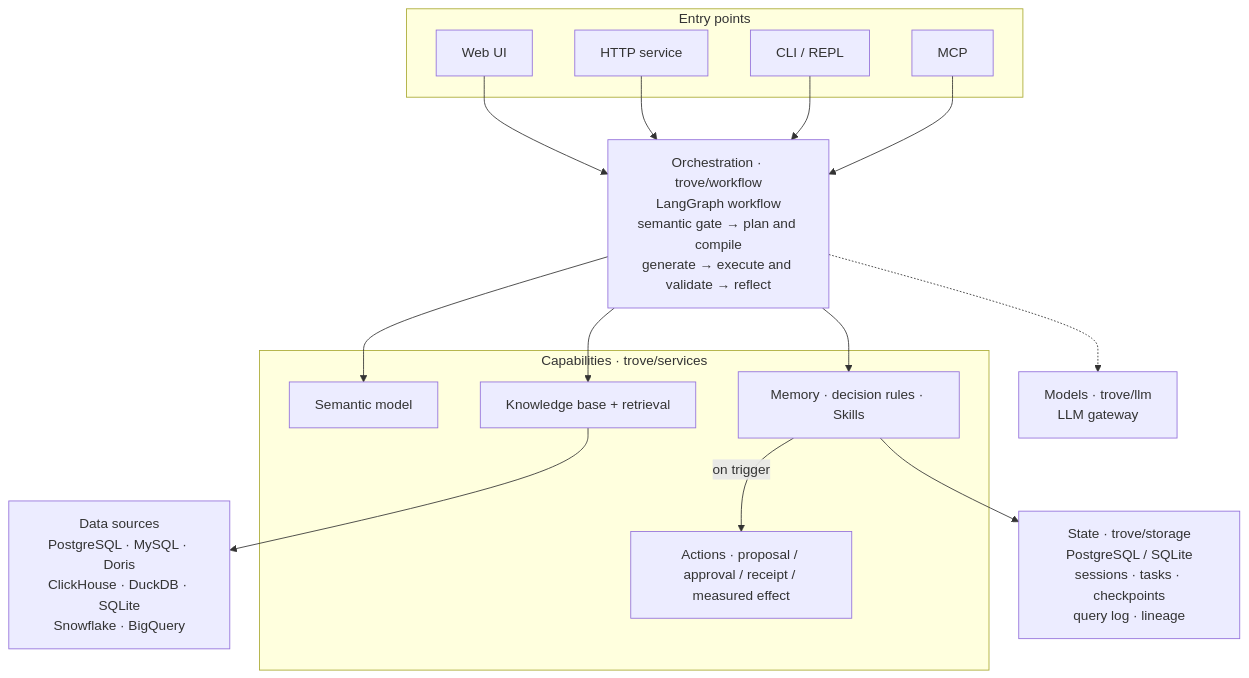
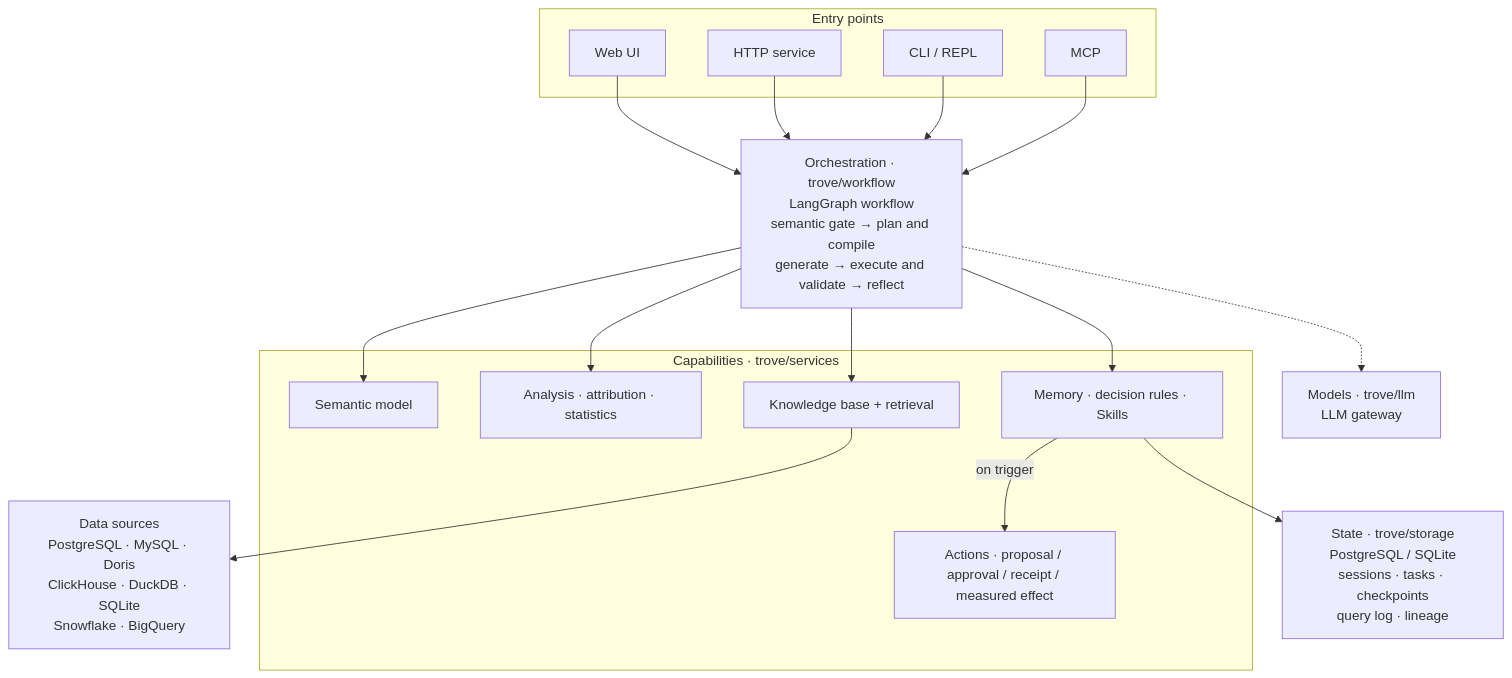
Before and after one commit to Nivane/trove: the first of 4 diagrams in README.en.md, drawn with Mermaid. The commit also changed 5 other files, not shown here.

First line of the commit message:
docs(arch): 首页 hero 升级为四段链路图，技术/功能架构图补齐为完整版

````diff
--- a/README.en.md
+++ b/README.en.md
@@ -45,34 +45,36 @@
 ```mermaid
 flowchart TB
     subgraph entry["Entry points"]
         UI["Web UI"]
         SRV["HTTP service"]
         CLI["CLI / REPL"]
         MCP["MCP"]
     end
 
     WF["Orchestration · trove/workflow<br/>LangGraph workflow<br/>semantic gate → plan and compile<br/>generate → execute and validate → reflect"]
 
     subgraph caps["Capabilities · trove/services"]
         SEM["Semantic model"]
+        ANA["Analysis · attribution · statistics"]
         KB["Knowledge base + retrieval"]
         MEM["Memory · decision rules · Skills"]
         ACT["Actions · proposal / approval / receipt / measured effect"]
     end
 
     LLM["Models · trove/llm<br/>LLM gateway"]
     DS["Data sources<br/>PostgreSQL · MySQL · Doris<br/>ClickHouse · DuckDB · SQLite<br/>Snowflake · BigQuery"]
     STATE["State · trove/storage<br/>PostgreSQL / SQLite<br/>sessions · tasks · checkpoints<br/>query log · lineage"]
 
     UI --> WF
     SRV --> WF
     CLI --> WF
     MCP --> WF
     WF --> SEM
+    WF --> ANA
     WF --> KB
     WF --> MEM
     MEM -->|"on trigger"| ACT
     WF -.-> LLM
     KB --> DS
     MEM --> STATE
 ```
````
